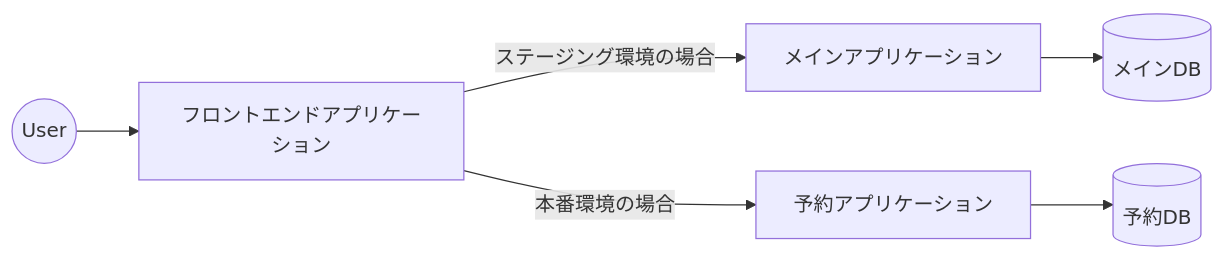
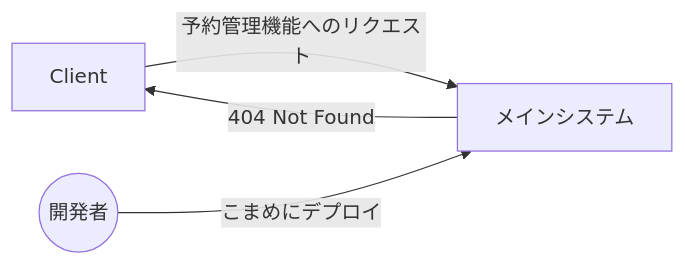
One commit to yuma-ito-bd/zenn-articles changed the eighth of 8 diagrams in articles/20251124-system-migration.md. Above: the diagram before and after it, drawn with Mermaid. The commit also changed other lines of this file, not shown here.

````diff
--- a/articles/20251124-system-migration.md
+++ b/articles/20251124-system-migration.md
@@ -159,11 +196,8 @@
 ```mermaid
 graph LR
 
-user((User)) --> spa["フロントエンドアプリケーション"]
-spa -->|ステージング環境の場合| sys1
-spa -->|本番環境の場合| sys2
+User[Client] -->|予約管理機能へのリクエスト| sys[メインシステム]
+sys -->|404 Not Found| User
 
-sys2[予約アプリケーション] --> db2[(予約DB)]
-
-sys1[メインアプリケーション] -->db1[(メインDB)]
+Developer((開発者)) -->|こまめにデプロイ|sys
 ```
````
